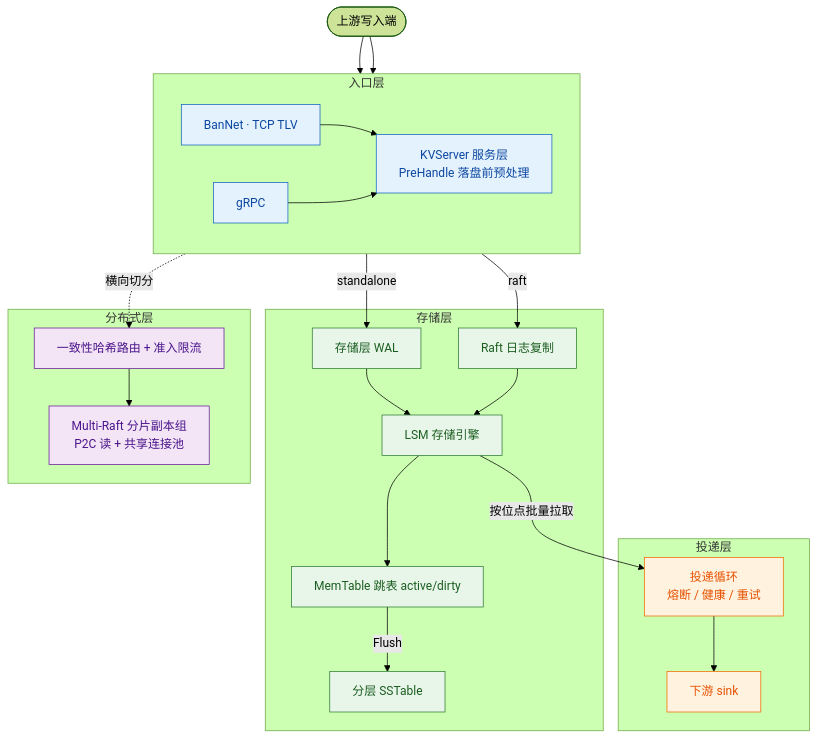
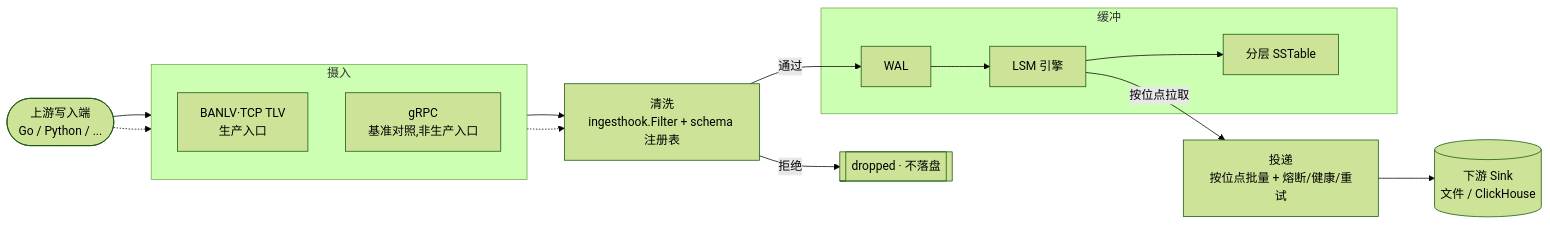
The diagram in README.md (ChronoBrew/KairosFlux), drawn with Mermaid (forest theme) before and after one commit. The commit also changed other lines of this file, not shown here.

First line of the commit message:
docs: 重写 README，反映 BANLV 协议优先 + 量化数据适配后的新身份

````diff
--- a/README.md
+++ b/README.md
@@ -37,53 +82,25 @@
 ```mermaid
-flowchart TD
-    Up([上游写入端])
+flowchart LR
+    Up([上游写入端<br/>Go / Python / ...])
 
-    subgraph L1[入口层]
-      direction LR
-      BanNet[BanNet · TCP TLV]
-      GRPC[gRPC]
-      KV["KVServer 服务层<br/>PreHandle 落盘前预处理"]
+    subgraph E[摄入]
+      direction TB
+      BANLV[BANLV·TCP TLV<br/>生产入口]
+      GRPCB[gRPC<br/>基准对照,非生产入口]
     end
 
-    subgraph L2[存储层]
-      WAL[存储层 WAL]
-      Raft[Raft 日志复制]
-      Engine[LSM 存储引擎]
-      MemTable[MemTable 跳表 active/dirty]
-      SSTable[分层 SSTable]
+    Clean["清洗<br/>ingesthook.Filter + schema 注册表"]
+
+    subgraph S[缓冲]
+      WAL[WAL] --> Engine[LSM 引擎] --> SSTable[分层 SSTable]
     end
 
-    subgraph L3[投递层]
-      Deliverer["投递循环<br/>熔断 / 健康 / 重试"]
-      Sink[下游 sink]
-    end
+    Deliver["投递<br/>按位点批量 + 熔断/健康/重试"]
+    Sink[(下游 Sink<br/>文件 / ClickHouse)]
 
-    subgraph L4[分布式层]
-      Router[一致性哈希路由 + 准入限流]
-      Shards["Multi-Raft 分片副本组<br/>P2C 读 + 共享连接池"]
-    end
-
-    Up --> BanNet
-    Up --> GRPC
-    BanNet --> KV
-    GRPC --> KV
-    KV -->|standalone| WAL
-    KV -->|raft| Raft
-    WAL --> Engine
-    Raft --> Engine
-    Engine --> MemTable
-    MemTable -->|Flush| SSTable
-    Engine -->|按位点批量拉取| Deliverer
-    Deliverer --> Sink
-    KV -.横向切分.-> Router
-    Router --> Shards
-
-    classDef entry fill:#e3f2fd,stroke:#1565c0,color:#0d47a1;
-    classDef store fill:#e8f5e9,stroke:#2e7d32,color:#1b5e20;
-    classDef deliver fill:#fff3e0,stroke:#ef6c00,color:#e65100;
-    classDef dist fill:#f3e5f5,stroke:#6a1b9a,color:#4a148c;
-    class BanNet,GRPC,KV entry;
-    class WAL,Raft,Engine,MemTable,SSTable store;
-    class Deliverer,Sink deliver;
-    class Router,Shards dist;
+    Up --> BANLV --> Clean
+    Up -.-> GRPCB -.-> Clean
+    Clean -->|通过| WAL
+    Clean -->|拒绝| Drop[["dropped · 不落盘"]]
+    Engine -->|按位点拉取| Deliver --> Sink
 ```
````
